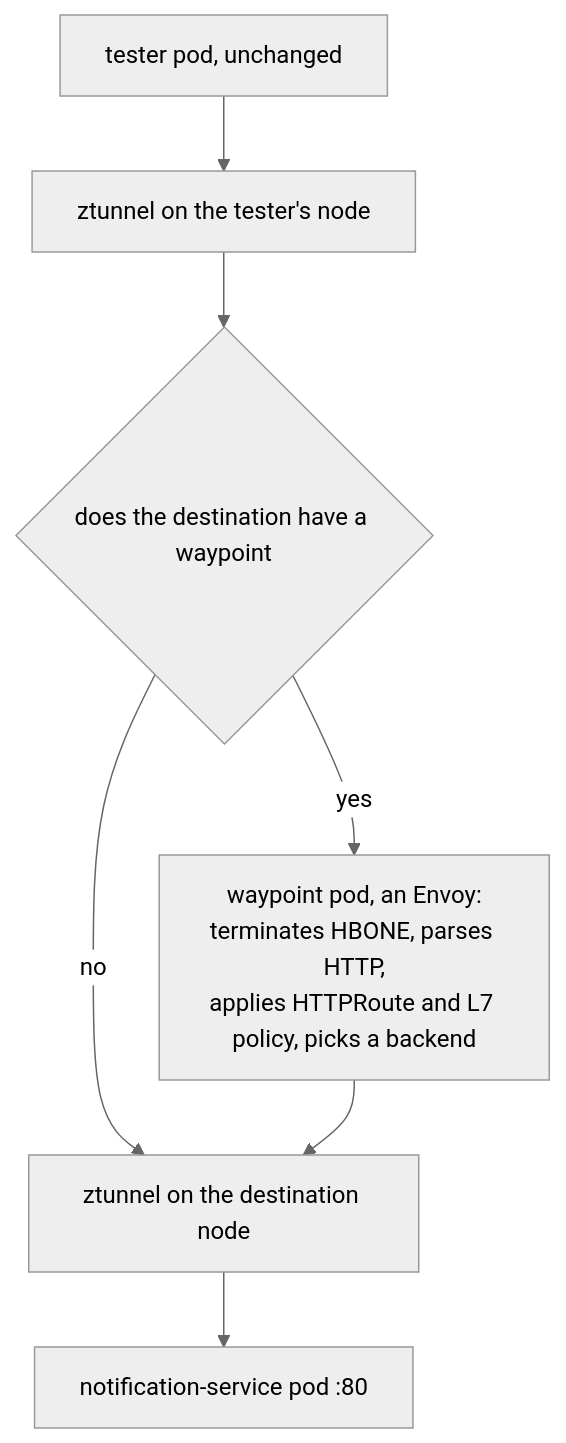
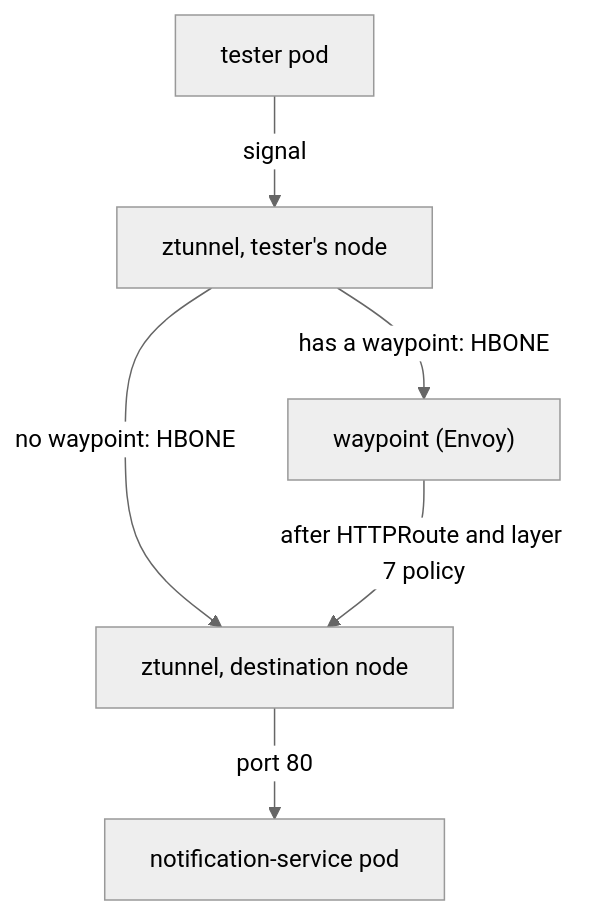
One commit to astrona-io/ATS013 changed the diagram in sections/section-040/module-02/course-01-what-a-waypoint-is.md. Above: the diagram before and after it, drawn with Mermaid (neutral theme). The commit also changed other lines of this file and 22 other files, not shown here.

````diff
--- a/sections/section-040/module-02/course-01-what-a-waypoint-is.md
+++ b/sections/section-040/module-02/course-01-what-a-waypoint-is.md
@@ -119,9 +140,8 @@
 ```mermaid
-flowchart TD
-    T["tester pod, unchanged"] --> Z1["ztunnel on the tester's node"]
-    Z1 --> Q{"does the destination have a waypoint"}
-    Q -->|"yes"| W["waypoint pod, an Envoy:<br/>terminates HBONE, parses HTTP,<br/>applies HTTPRoute and L7 policy, picks a backend"]
-    Q -->|"no"| Z2["ztunnel on the destination node"]
-    W --> Z2
-    Z2 --> D["notification-service pod :80"]
+flowchart TB
+    T["tester pod"] -->|"signal"| Z1["ztunnel, tester's node"]
+    Z1 -->|"has a waypoint: HBONE"| W["waypoint (Envoy)"]
+    Z1 -->|"no waypoint: HBONE"| Z2["ztunnel, destination node"]
+    W -->|"after HTTPRoute and layer 7 policy"| Z2
+    Z2 -->|"port 80"| D["notification-service pod"]
 ```
````
